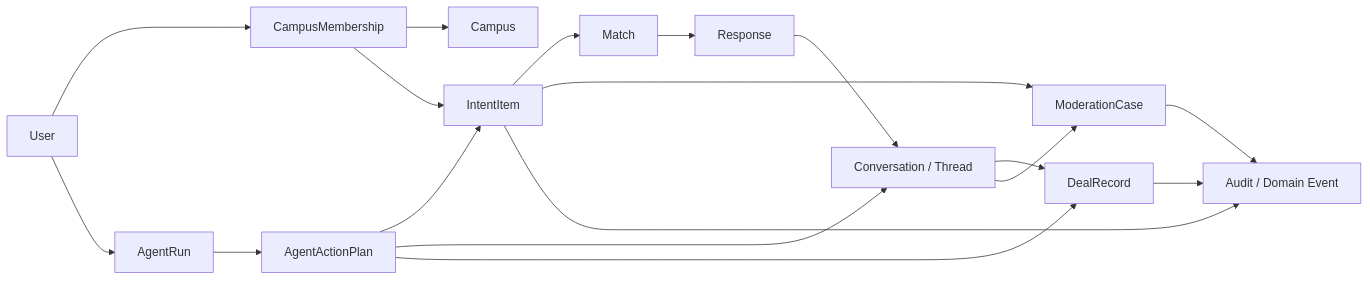
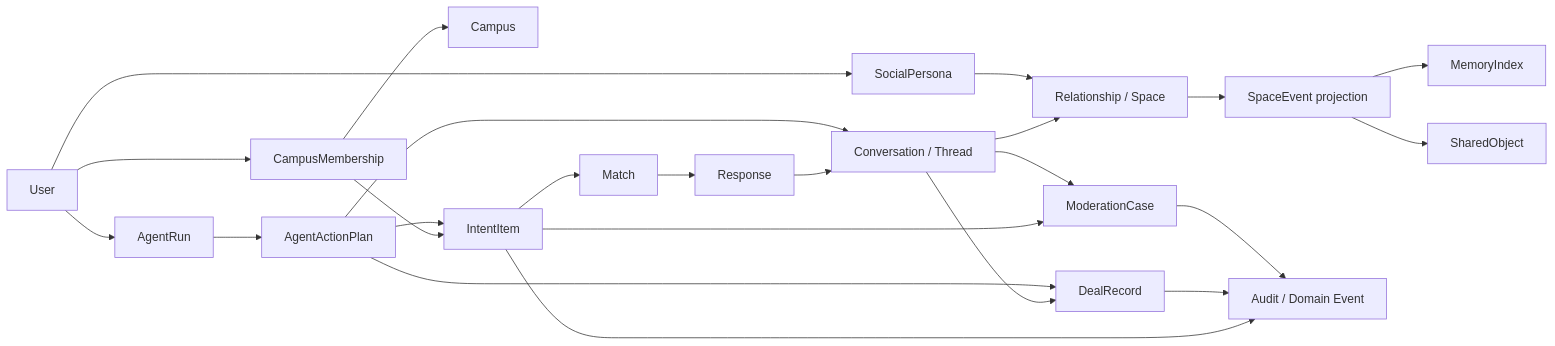
One commit to McTr0/Goods4ncu changed the diagram in docs/information-model.md. Above: the diagram before and after it, drawn with Mermaid. The commit also changed other lines of this file and 28 other files, not shown here.

Commit message:
feat(chat): add relationship space projection

````diff
--- a/docs/information-model.md
+++ b/docs/information-model.md
@@ -23,20 +26,26 @@
 ```mermaid
 flowchart LR
     User[User] --> Membership[CampusMembership]
     Membership --> Campus[Campus]
     Membership --> Intent[IntentItem]
     Intent --> Match[Match]
     Match --> Response[Response]
     Response --> Conversation[Conversation / Thread]
+    User --> Persona[SocialPersona]
+    Conversation --> Relationship[Relationship / Space]
+    Persona --> Relationship
+    Relationship --> SpaceEvent[SpaceEvent projection]
+    SpaceEvent --> Memory[MemoryIndex]
+    SpaceEvent --> Shared[SharedObject]
     Conversation --> Deal[DealRecord]
     Intent --> Moderation[ModerationCase]
     Conversation --> Moderation
     User --> AgentRun[AgentRun]
     AgentRun --> ActionPlan[AgentActionPlan]
     ActionPlan --> Intent
     ActionPlan --> Conversation
     ActionPlan --> Deal
     Intent --> Event[Audit / Domain Event]
     Deal --> Event
     Moderation --> Event
 ```
````
